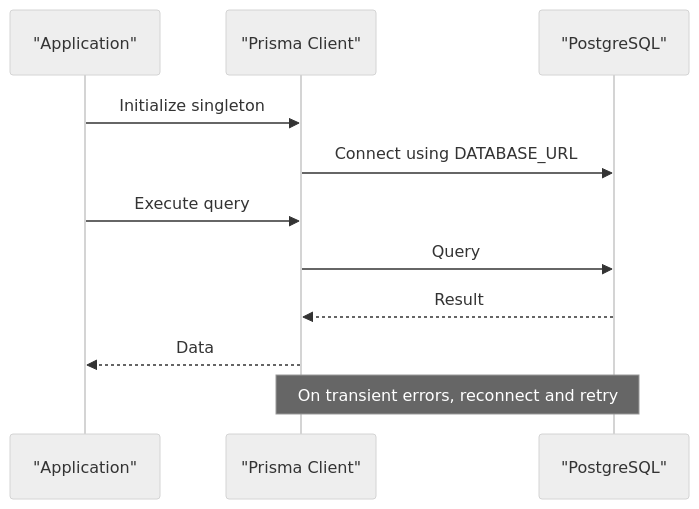
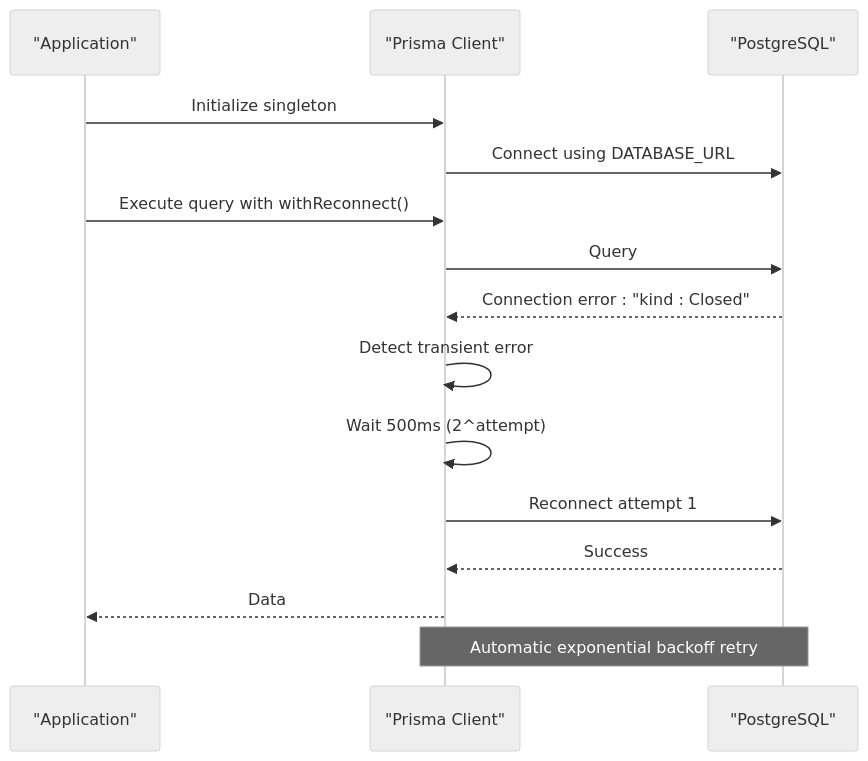
Before and after one commit to shekhargiri005-dotcom/AI-powered-accessibility-first-UI-engine: the ninth of 11 diagrams in .qoder/repowiki/en/content/Database & Data Layer/Prisma ORM Configuration.md, drawn with Mermaid (neutral theme). The commit also changed other lines of this file and 20 other files, not shown here.

````diff
--- a/.qoder/repowiki/en/content/Database & Data Layer/Prisma ORM Configuration.md
+++ b/.qoder/repowiki/en/content/Database & Data Layer/Prisma ORM Configuration.md
@@ -412,13 +444,17 @@
 ```mermaid
 sequenceDiagram
 participant App as "Application"
 participant Prisma as "Prisma Client"
 participant DB as "PostgreSQL"
 App->>Prisma : Initialize singleton
 Prisma->>DB : Connect using DATABASE_URL
-App->>Prisma : Execute query
+App->>Prisma : Execute query with withReconnect()
 Prisma->>DB : Query
-DB-->>Prisma : Result
+DB-->>Prisma : Connection error : "kind : Closed"
+Prisma->>Prisma : Detect transient error
+Prisma->>Prisma : Wait 500ms (2^attempt)
+Prisma->>DB : Reconnect attempt 1
+DB-->>Prisma : Success
 Prisma-->>App : Data
-Note over Prisma,DB : On transient errors, reconnect and retry
+Note over Prisma,DB : Automatic exponential backoff retry
 ```
````
